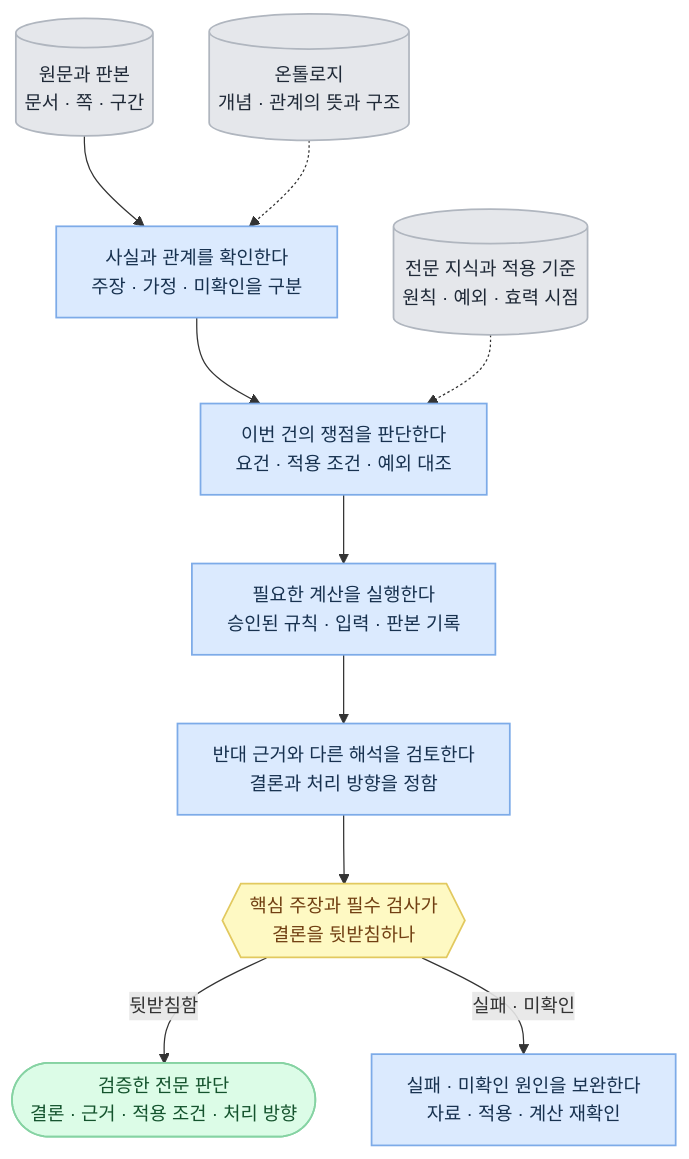
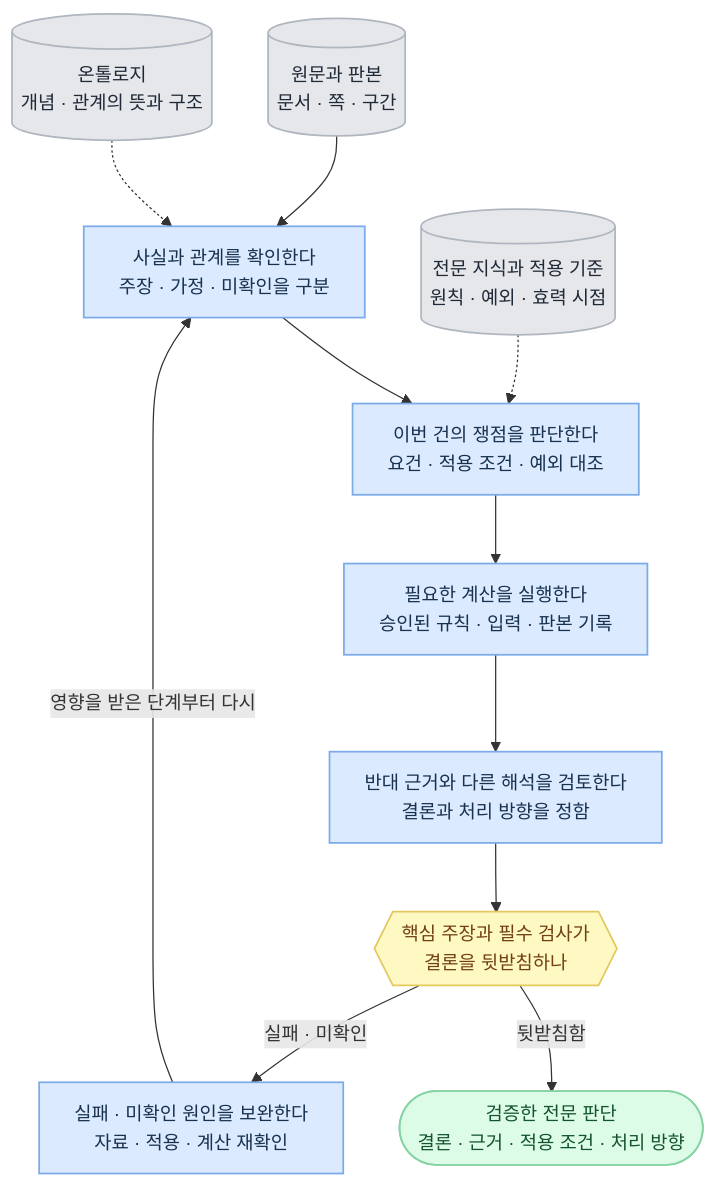
The seventh of 8 diagrams in 전문가 에이전트 정의 1.md (harisbaguette/expert), drawn with Mermaid before and after one commit. The commit also changed other lines of this file and 14 other files, not shown here.

````diff
--- a/전문가 에이전트 정의 1.md
+++ b/전문가 에이전트 정의 1.md
@@ -1259,27 +1259,28 @@
 ```mermaid
 %%{init: {"flowchart": {"wrappingWidth": 640, "curve": "basis", "nodeSpacing": 45, "rankSpacing": 55, "padding": 14, "useMaxWidth": true}, "themeVariables": {"fontSize": "15px"}} }%%
 flowchart TB
     SOURCE[("원문과 판본<br/>문서 · 쪽 · 구간")]:::store
     FACT["사실과 관계를 확인한다<br/>주장 · 가정 · 미확인을 구분"]:::main
     APPLY["이번 건의 쟁점을 판단한다<br/>요건 · 적용 조건 · 예외 대조"]:::main
     CALC["필요한 계산을 실행한다<br/>승인된 규칙 · 입력 · 판본 기록"]:::main
     DECIDE["반대 근거와 다른 해석을 검토한다<br/>결론과 처리 방향을 정함"]:::main
     CHECK{{"핵심 주장과 필수 검사가<br/>결론을 뒷받침하나"}}:::note
     RESULT(["검증한 전문 판단<br/>결론 · 근거 · 적용 조건 · 처리 방향"]):::good
     REWORK["실패 · 미확인 원인을 보완한다<br/>자료 · 적용 · 계산 재확인"]:::main
     ONTOLOGY[("온톨로지<br/>개념 · 관계의 뜻과 구조")]:::store
     RULE[("전문 지식과 적용 기준<br/>원칙 · 예외 · 효력 시점")]:::store
 
     SOURCE --> FACT --> APPLY --> CALC --> DECIDE --> CHECK
     CHECK -- "뒷받침함" --> RESULT
     CHECK -- "실패 · 미확인" --> REWORK
+    REWORK -- "영향을 받은 단계부터 다시" --> FACT
     ONTOLOGY -.-> FACT
     RULE -.-> APPLY
 
     classDef main fill:#dbeafe,stroke:#7dabe8,stroke-width:1.4px,color:#17314f
     classDef stop fill:#fee2e2,stroke:#f0a3a3,stroke-width:1.4px,color:#7f1d1d
     classDef back fill:#ffedd5,stroke:#f3b183,stroke-width:1.4px,color:#7c2d12
     classDef store fill:#e5e7eb,stroke:#b0b6bf,stroke-width:1.4px,color:#1f2937
     classDef good fill:#dcfce7,stroke:#86d3a3,stroke-width:1.4px,color:#14532d
     classDef note fill:#fef9c3,stroke:#e2c95f,stroke-width:1.4px,color:#713f12
 ```
````
